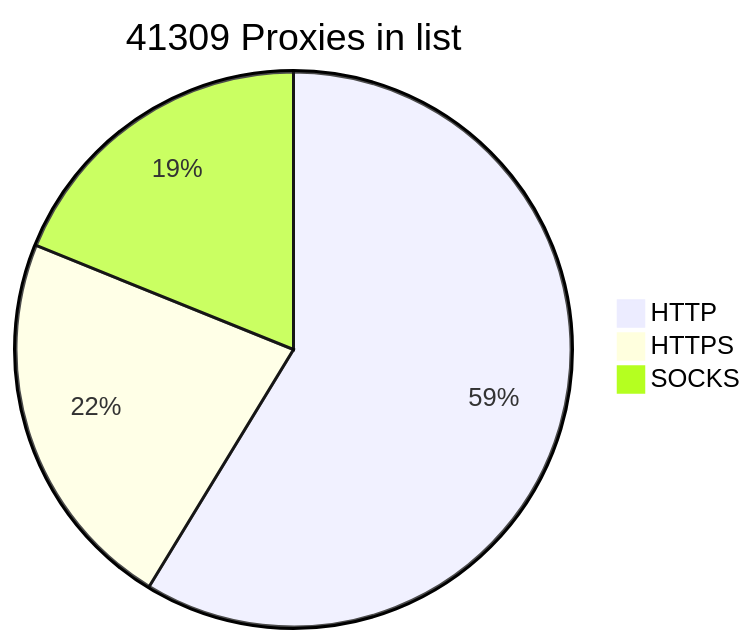
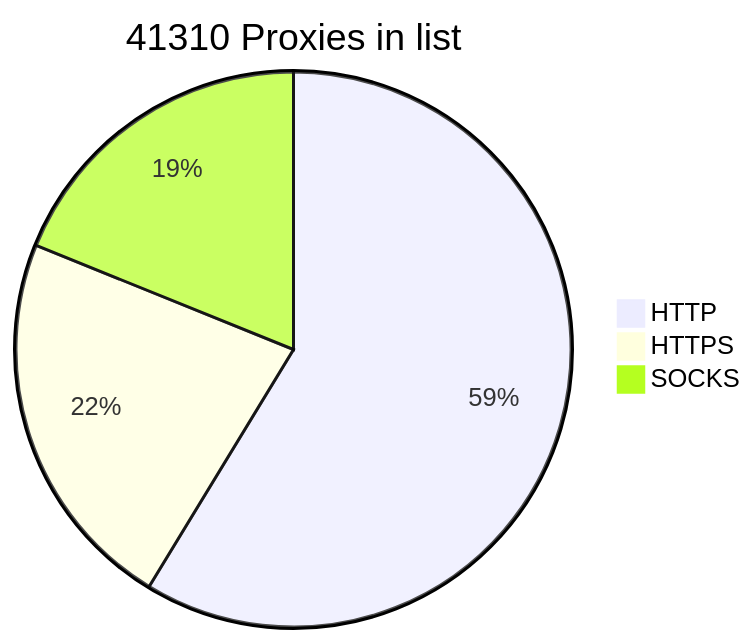
Before and after one commit to BlackSnowDot/proxylist-update-every-minute: the diagram in README.md, drawn with Mermaid.

````diff
--- a/README.md
+++ b/README.md
@@ -2,6 +2,6 @@
 ```mermaid
-pie title 41309 Proxies in list
-    "HTTP" : 28458
+pie title 41310 Proxies in list
+    "HTTP" : 28461
     "HTTPS": 10866
     "SOCKS" : 9154
 ```
````
